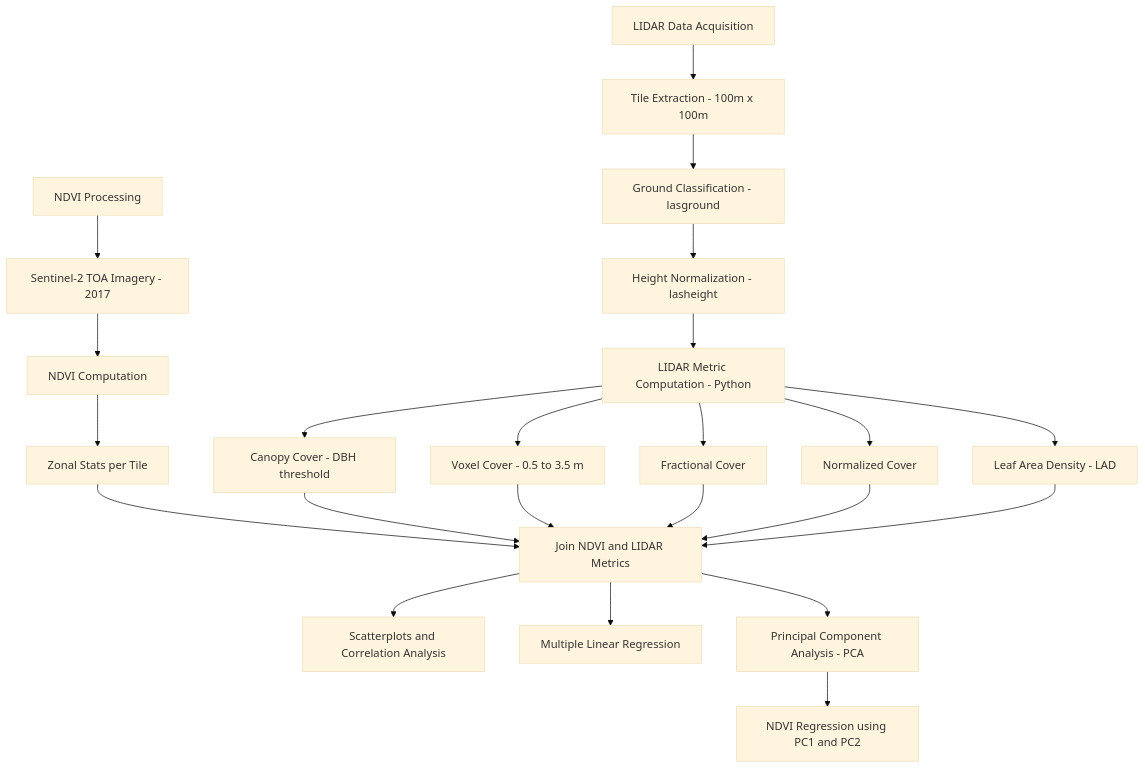
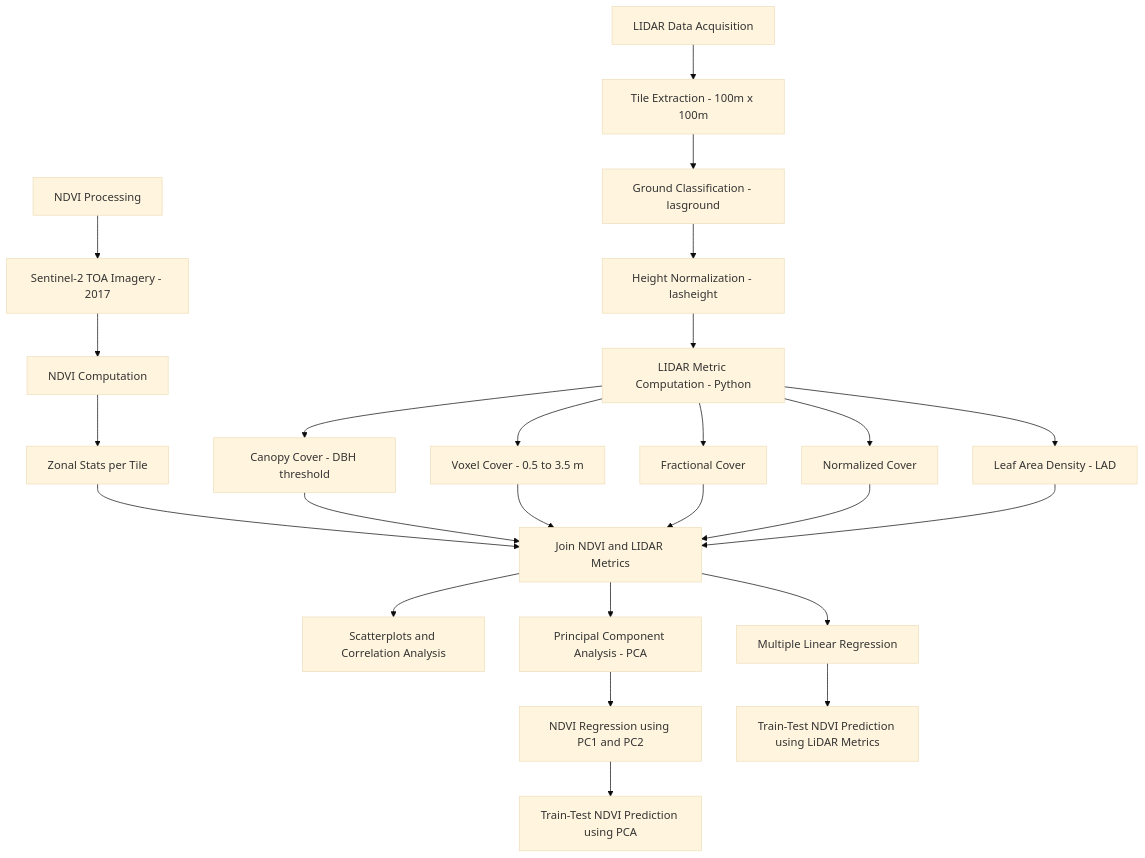
One commit to jarencecasisirano/taal-lidar-understory changed the diagram in README.md. Above: the diagram before and after it, drawn with Mermaid (base theme). The commit also changed 1 other file, not shown here.

Commit message:
updated methodology and readme

````diff
--- a/README.md
+++ b/README.md
@@ -53,44 +53,48 @@
 ```mermaid
 graph TD
 
 %% Left column - NDVI processing
 NDVI0[NDVI Processing]
 NDVI1[Sentinel-2 TOA Imagery - 2017]
 NDVI2[NDVI Computation]
 NDVI3[Zonal Stats per Tile]
 
 NDVI0 --> NDVI1 --> NDVI2 --> NDVI3
 
 %% Right column - LiDAR processing
 L0[LIDAR Data Acquisition]
 L1[Tile Extraction - 100m x 100m]
 L2[Ground Classification - lasground]
 L3[Height Normalization - lasheight]
 L4[LIDAR Metric Computation - Python]
 L5a[Canopy Cover - DBH threshold]
 L5b[Voxel Cover - 0.5 to 3.5 m]
 L5c[Fractional Cover]
 L5d[Normalized Cover]
 L5e[Leaf Area Density - LAD]
 
 L0 --> L1 --> L2 --> L3 --> L4
 L4 --> L5a
 L4 --> L5b
 L4 --> L5c
 L4 --> L5d
 L4 --> L5e
 
 %% Join and analysis
 JOIN[Join NDVI and LIDAR Metrics]
 NDVI3 --> JOIN
 L5a --> JOIN
 L5b --> JOIN
 L5c --> JOIN
 L5d --> JOIN
 L5e --> JOIN
 
 JOIN --> CORR[Scatterplots and Correlation Analysis]
 JOIN --> MLR[Multiple Linear Regression]
 JOIN --> PCA[Principal Component Analysis - PCA]
 PCA --> PCAreg[NDVI Regression using PC1 and PC2]
+
+%% NEW - Train/Test evaluation
+MLR --> MLRval[Train-Test NDVI Prediction using LiDAR Metrics]
+PCAreg --> PCAval[Train-Test NDVI Prediction using PCA]
 ```
````
